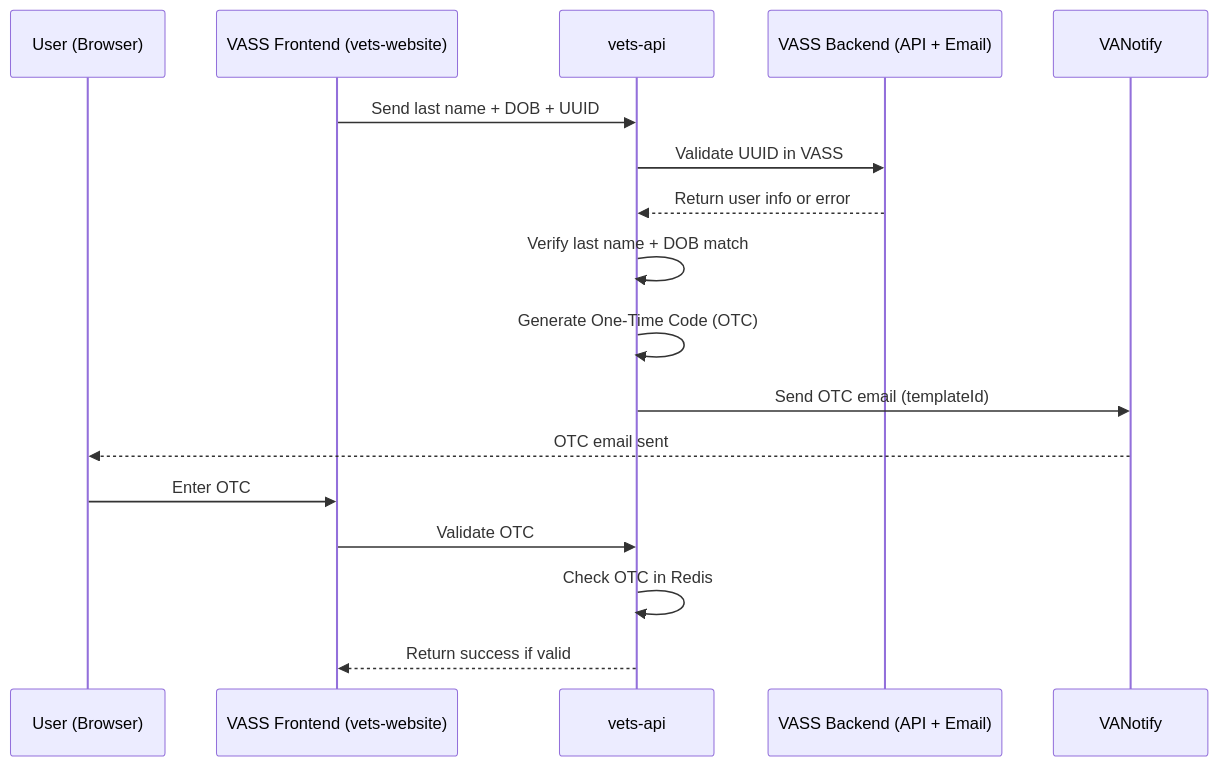
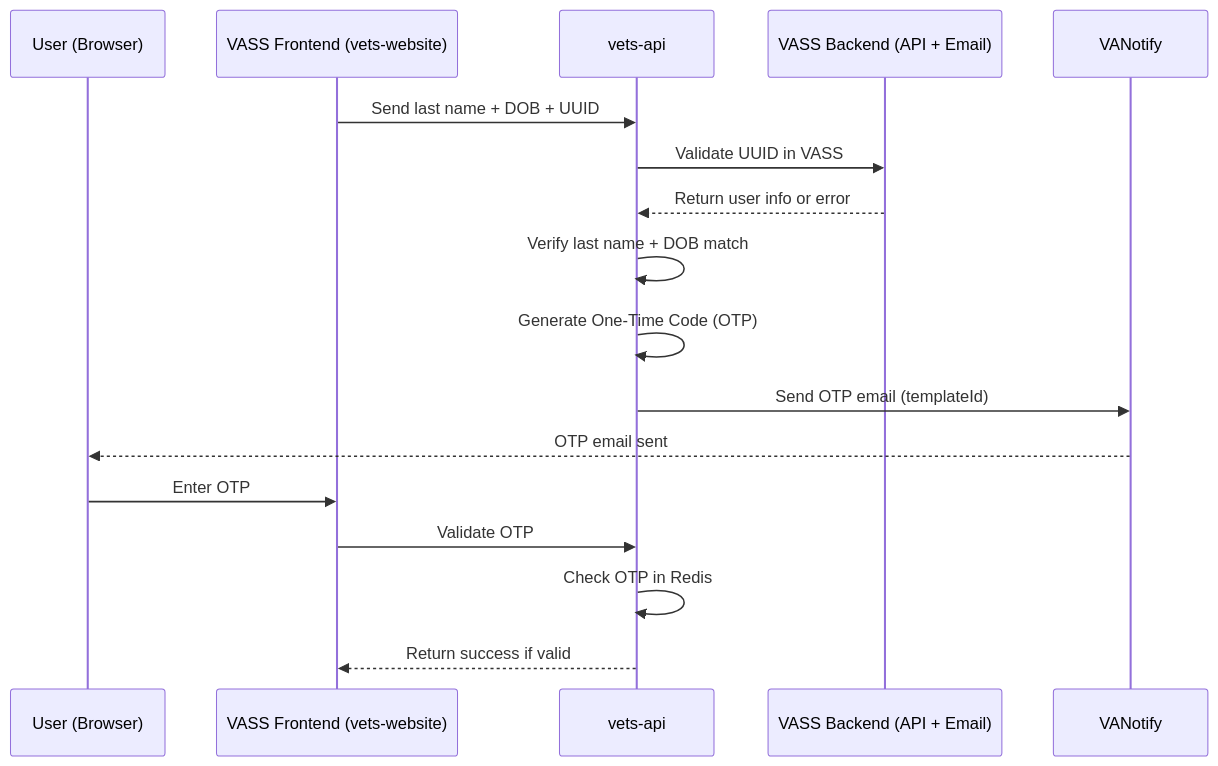
One commit to department-of-veterans-affairs/va.gov-team changed the third of 3 diagrams in products/health-care/appointments/va-online-scheduling/initiatives/solid-start-scheduling/engineering/sequence-diagrams/user-journeys.md. Above: the diagram before and after it, drawn with Mermaid. The commit also changed other lines of this file, not shown here.

````diff
--- a/products/health-care/appointments/va-online-scheduling/initiatives/solid-start-scheduling/engineering/sequence-diagrams/user-journeys.md
+++ b/products/health-care/appointments/va-online-scheduling/initiatives/solid-start-scheduling/engineering/sequence-diagrams/user-journeys.md
@@ -96,23 +96,23 @@
 ```mermaid
 sequenceDiagram
     participant user as User (Browser)
     participant vetsWebsite as VASS Frontend (vets-website)
     participant vetsApi as vets-api
     participant vassBackend as VASS Backend (API + Email)
     participant vaNotify as VANotify
 
-    %% Step 1: Request One-Time Code (OTC)
+    %% Step 1: Request One-Time Code (OTP)
     vetsWebsite->>vetsApi: Send last name + DOB + UUID
     vetsApi->>vassBackend: Validate UUID in VASS
     vassBackend-->>vetsApi: Return user info or error
     vetsApi->>vetsApi: Verify last name + DOB match
-    vetsApi->>vetsApi: Generate One-Time Code (OTC)
-    vetsApi->>vaNotify: Send OTC email (templateId)
-    vaNotify-->>user: OTC email sent
+    vetsApi->>vetsApi: Generate One-Time Code (OTP)
+    vetsApi->>vaNotify: Send OTP email (templateId)
+    vaNotify-->>user: OTP email sent
 
-    %% Step 2: User enters OTC
-    user->>vetsWebsite: Enter OTC
-    vetsWebsite->>vetsApi: Validate OTC
-    vetsApi->>vetsApi: Check OTC in Redis
+    %% Step 2: User enters OTP
+    user->>vetsWebsite: Enter OTP
+    vetsWebsite->>vetsApi: Validate OTP
+    vetsApi->>vetsApi: Check OTP in Redis
     vetsApi-->>vetsWebsite: Return success if valid
 ```
````
